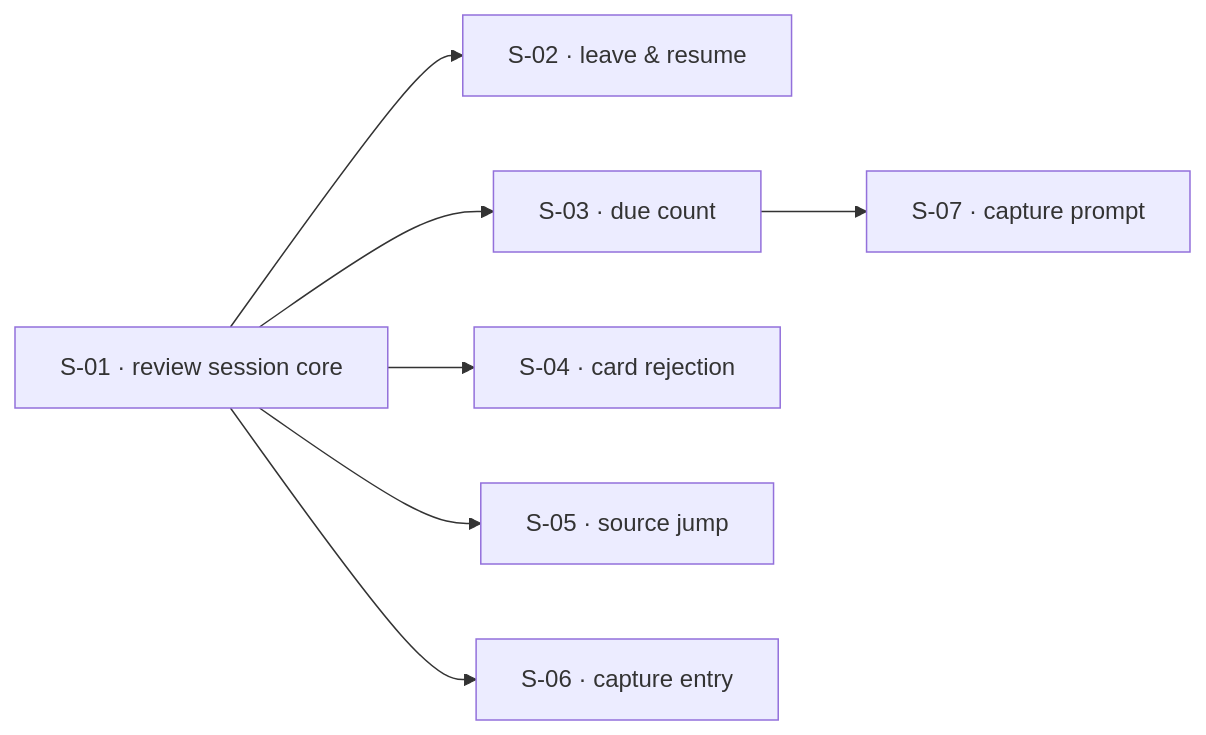
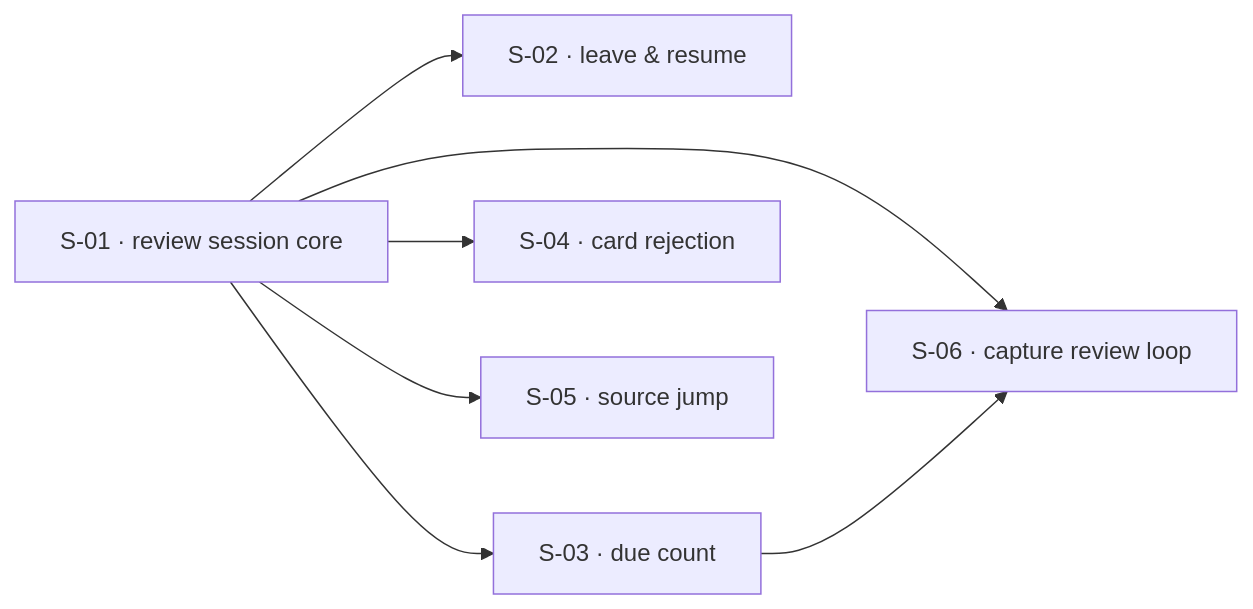
Before and after one commit to web-lizzard/weles: the diagram in context/efforts/remember-flow/roadmap.md, drawn with Mermaid. The commit also changed other lines of this file and 1 other file, not shown here.

First line of the commit message:
docs(remember-flow): materialize combined capture review slice S-06

````diff
--- a/context/efforts/remember-flow/roadmap.md
+++ b/context/efforts/remember-flow/roadmap.md
@@ -21,9 +20,9 @@
 ```mermaid
 flowchart LR
   S-01["S-01 · review session core"] --> S-02["S-02 · leave & resume"]
   S-01 --> S-03["S-03 · due count"]
   S-01 --> S-04["S-04 · card rejection"]
   S-01 --> S-05["S-05 · source jump"]
-  S-01 --> S-06["S-06 · capture entry"]
-  S-03 --> S-07["S-07 · capture prompt"]
+  S-01 --> S-06["S-06 · capture review loop"]
+  S-03 --> S-06
 ```
````
